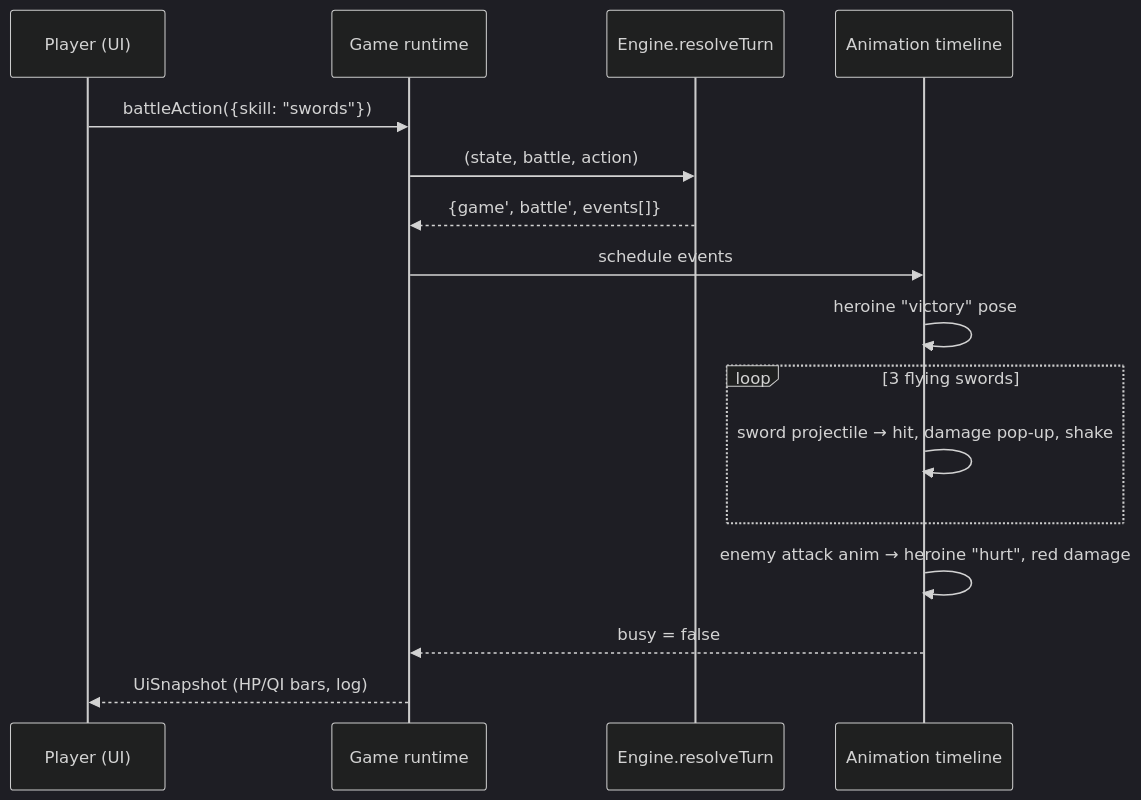
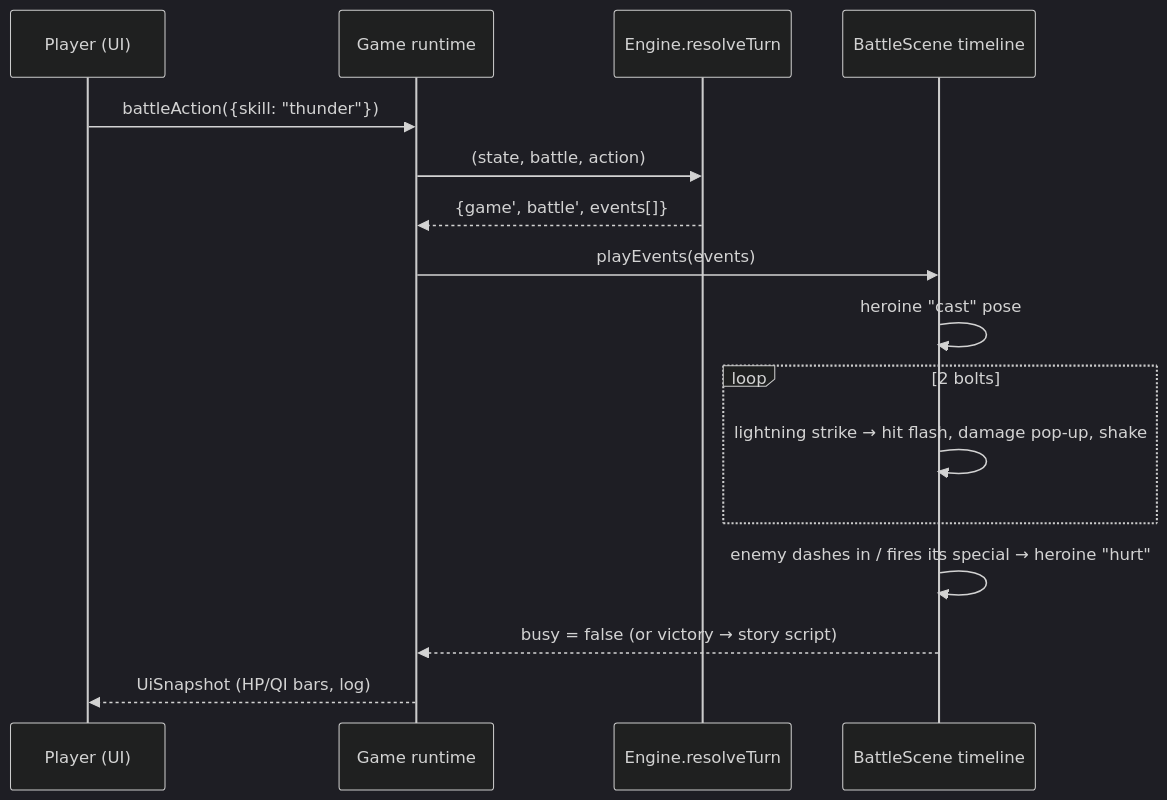
One commit to jgyy/pixelop changed the seventh of 8 diagrams in README.md. Above: the diagram before and after it, drawn with Mermaid (dark theme). The commit also changed other lines of this file and 136 other files, not shown here.

````diff
--- a/README.md
+++ b/README.md
@@ -140,18 +210,18 @@
 ```mermaid
 sequenceDiagram
   participant P as Player (UI)
   participant G as Game runtime
   participant E as Engine.resolveTurn
-  participant FX as Animation timeline
-  P->>G: battleAction({skill: "swords"})
+  participant B as BattleScene timeline
+  P->>G: battleAction({skill: "thunder"})
   G->>E: (state, battle, action)
   E-->>G: {game', battle', events[]}
-  G->>FX: schedule events
-  FX->>FX: heroine "victory" pose
-  loop 3 flying swords
-    FX->>FX: sword projectile → hit, damage pop-up, shake
+  G->>B: playEvents(events)
+  B->>B: heroine "cast" pose
+  loop 2 bolts
+    B->>B: lightning strike → hit flash, damage pop-up, shake
   end
-  FX->>FX: enemy attack anim → heroine "hurt", red damage
-  FX-->>G: busy = false
+  B->>B: enemy dashes in / fires its special → heroine "hurt"
+  B-->>G: busy = false (or victory → story script)
   G-->>P: UiSnapshot (HP/QI bars, log)
 ```
````
